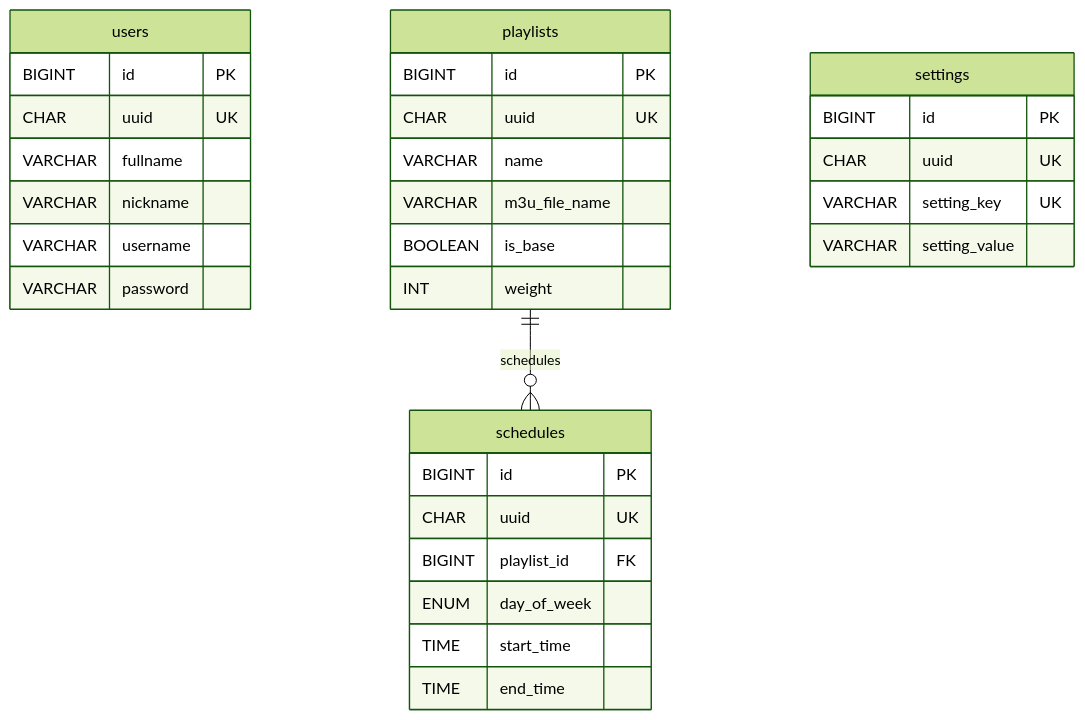
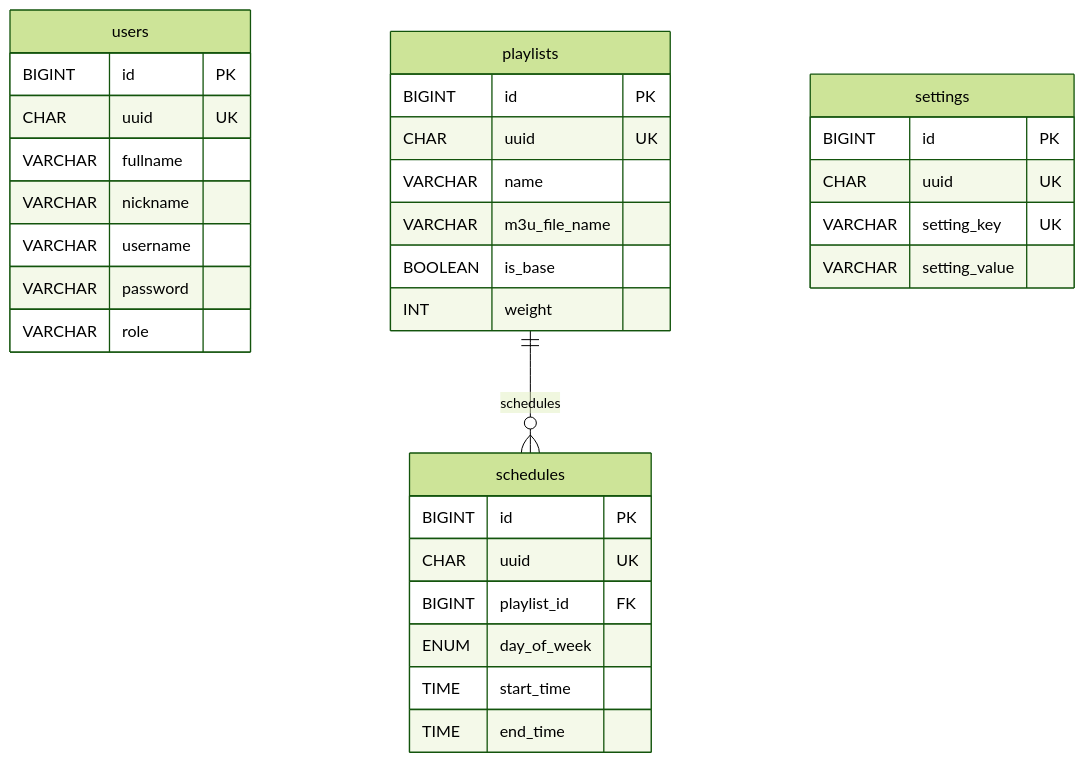
The diagram in docs/database-schema.md (ojgabrielleal/streamora), drawn with Mermaid (forest theme) before and after one commit. The commit also changed 23 other files, not shown here.

````diff
--- a/docs/database-schema.md
+++ b/docs/database-schema.md
@@ -11,38 +11,39 @@
 ```mermaid
 erDiagram
     users {
         BIGINT id PK
         CHAR uuid UK
         VARCHAR fullname
         VARCHAR nickname
         VARCHAR username
         VARCHAR password
+        VARCHAR role
     }
 
     playlists {
         BIGINT id PK
         CHAR uuid UK
         VARCHAR name
         VARCHAR m3u_file_name
         BOOLEAN is_base
         INT weight
     }
 
     schedules {
         BIGINT id PK
         CHAR uuid UK
         BIGINT playlist_id FK
         ENUM day_of_week
         TIME start_time
         TIME end_time
     }
 
     playlists ||--o{ schedules : schedules
 
     settings {
         BIGINT id PK
         CHAR uuid UK
         VARCHAR setting_key UK
         VARCHAR setting_value
     }
 ```
````
